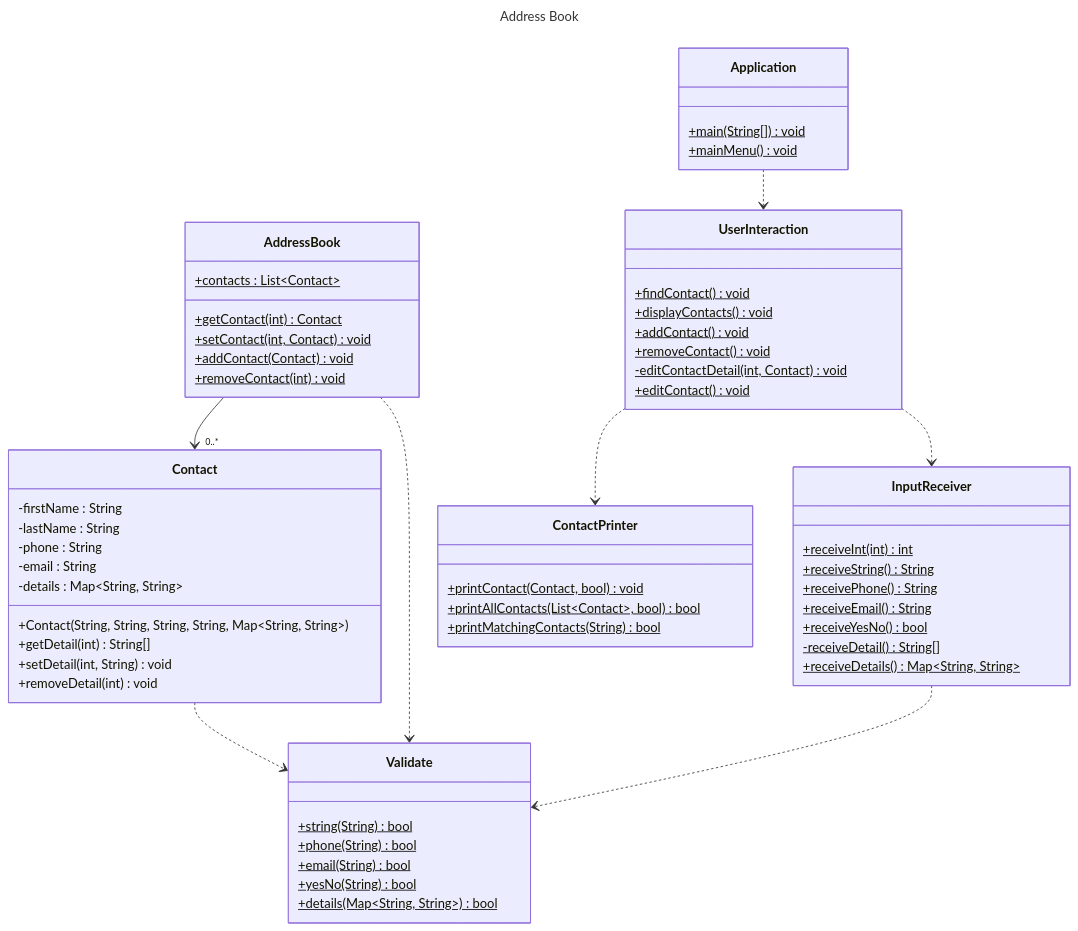
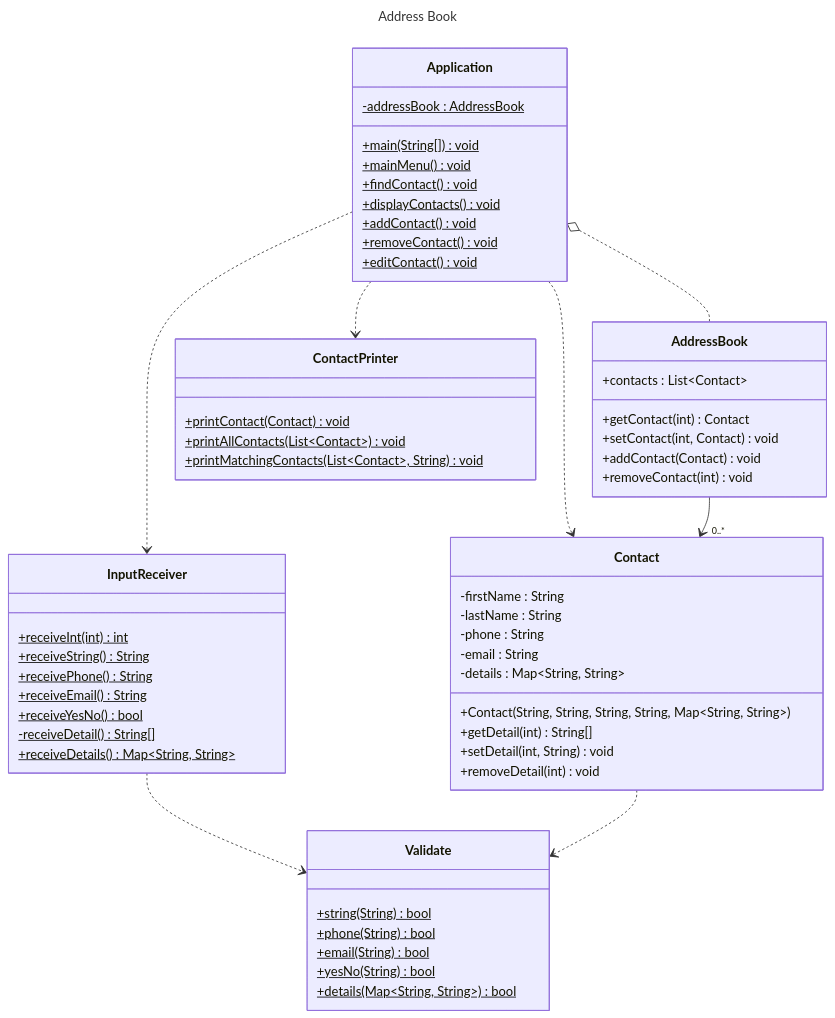
One commit to Joseph-Mitchell/Address-Book-Challenge changed the diagram in docs/domain-models-test-plan.md. Above: the diagram before and after it, drawn with Mermaid. The commit also changed other lines of this file, not shown here.

````diff
--- a/docs/domain-models-test-plan.md
+++ b/docs/domain-models-test-plan.md
@@ -5,66 +5,65 @@
 ```mermaid
 ---
 title: Address Book
 ---
 classDiagram
 class AddressBook {
-    +contacts : List~Contact~$
+    +contacts : List~Contact~
     
-    +getContact(int) Contact$
-    +setContact(int, Contact) void$ 
-    +addContact(Contact) void$
-    +removeContact(int) void$
+    +getContact(int) Contact
+    +setContact(int, Contact) void
+    +addContact(Contact) void
+    +removeContact(int) void
 }
 class Contact {
     -firstName : String
     -lastName : String
     -phone : String
     -email : String
     -details : Map~String, String~
     
     +Contact(String, String, String, String, Map~String, String~)
     +getDetail(int) String[]
     +setDetail(int, String) void
     +removeDetail(int) void
 }
 class Application {
+    -addressBook : AddressBook$
+    
     +main(String[])$ void
     +mainMenu()$ void
-}
-class UserInteraction {
     +findContact()$ void
     +displayContacts()$ void
     +addContact()$ void
     +removeContact()$ void
-    -editContactDetail(int, Contact)$ void
     +editContact()$ void
 }
 class InputReceiver {
     +receiveInt(int)$ int
     +receiveString()$ String
     +receivePhone()$ String
     +receiveEmail()$ String
     +receiveYesNo()$ bool
     -receiveDetail()$ String[]
     +receiveDetails()$ Map~String, String~
 }
 class ContactPrinter {
-    +printContact(Contact, bool)$ void
-    +printAllContacts(List~Contact~, bool)$ bool
-    +printMatchingContacts(String)$ bool
+    +printContact(Contact)$ void
+    +printAllContacts(List~Contact~)$ void
+    +printMatchingContacts(List~Contact~, String)$ void
 }
 class Validate {
     +string(String)$ bool
     +phone(String)$ bool
     +email(String)$ bool
     +yesNo(String)$ bool
     +details(Map~String, String~)$ bool
 }
-Application ..> UserInteraction
-UserInteraction ..> ContactPrinter
-UserInteraction ..> InputReceiver
+Application o.. AddressBook
+Application ..> ContactPrinter
+Application ..> InputReceiver
+Application ..> Contact
 InputReceiver ..> Validate
 AddressBook --> "0..*" Contact
-AddressBook ..> Validate
 Contact ..> Validate
 ```
````
